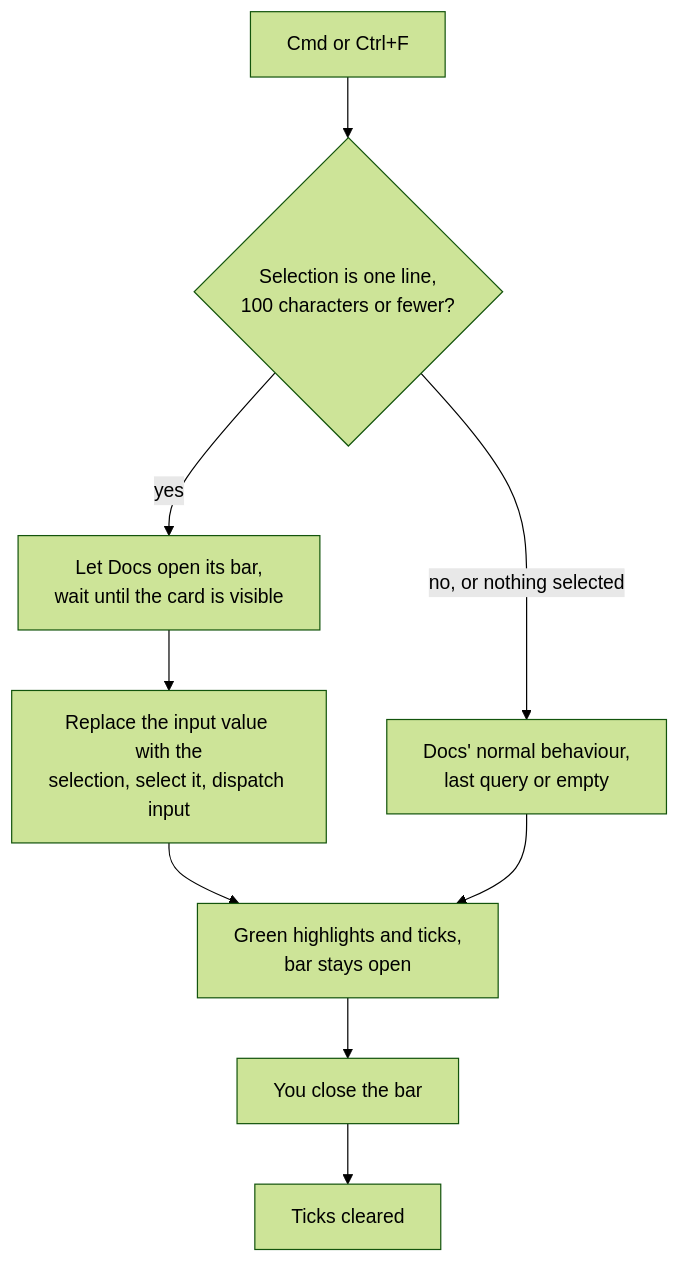
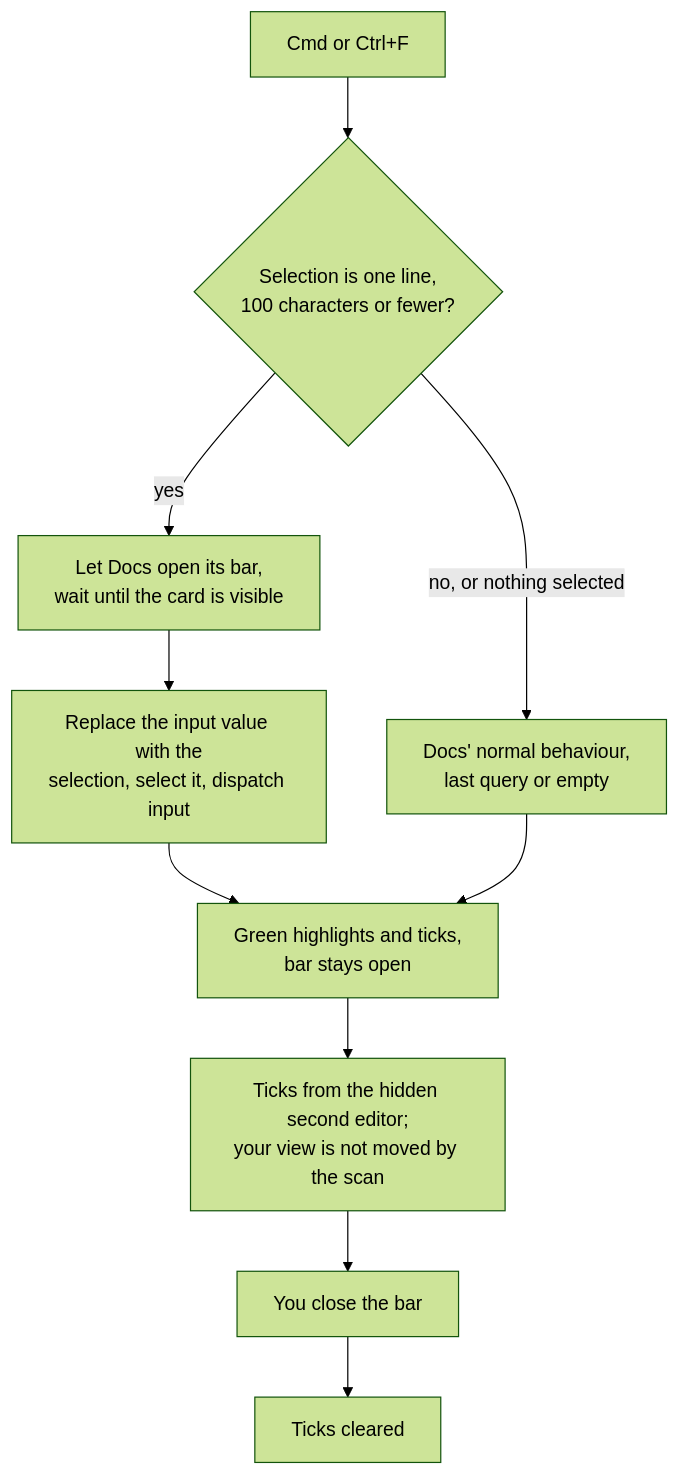
The second of 2 diagrams in docs/architecture/gdocs-find-helpers.md (luutuankiet/js_scripts), drawn with Mermaid (forest theme) before and after one commit. The commit also changed other lines of this file and 10 other files, not shown here.

First line of the commit message:
Document gdocs-find-helpers v0.5: hidden second editor, kept highlights, macOS selection

````diff
--- a/docs/architecture/gdocs-find-helpers.md
+++ b/docs/architecture/gdocs-find-helpers.md
@@ -137,10 +158,11 @@
 ```mermaid
 flowchart TD
   B1[Cmd or Ctrl+F] --> B2{Selection is one line,<br/>100 characters or fewer?}
   B2 -->|yes| B3[Let Docs open its bar,<br/>wait until the card is visible]
   B3 --> B4[Replace the input value with the<br/>selection, select it, dispatch input]
   B2 -->|no, or nothing selected| B5[Docs' normal behaviour,<br/>last query or empty]
   B4 --> B6[Green highlights and ticks,<br/>bar stays open]
   B5 --> B6
-  B6 --> B7[You close the bar] --> B8[Ticks cleared]
+  B6 --> B7[Ticks from the hidden second editor;<br/>your view is not moved by the scan]
+  B7 --> B8[You close the bar] --> B9[Ticks cleared]
 ```
````
